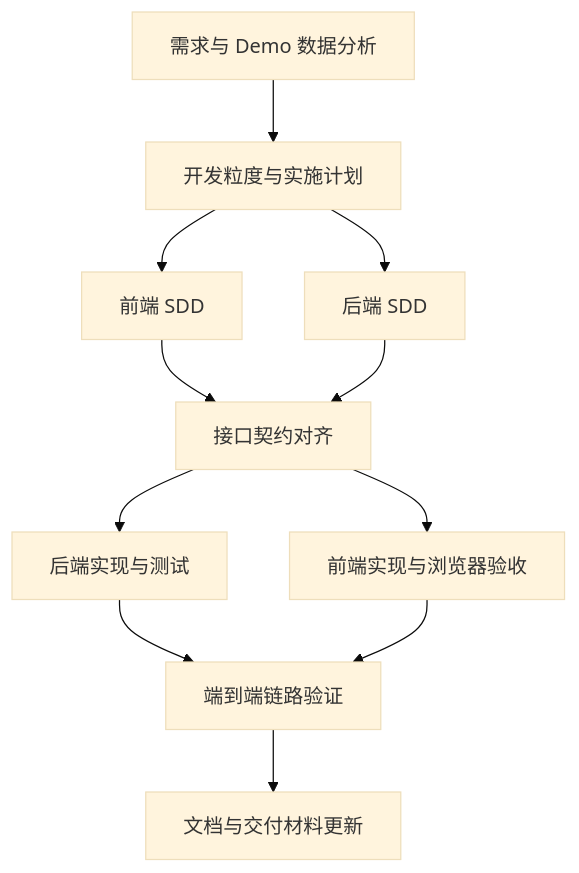
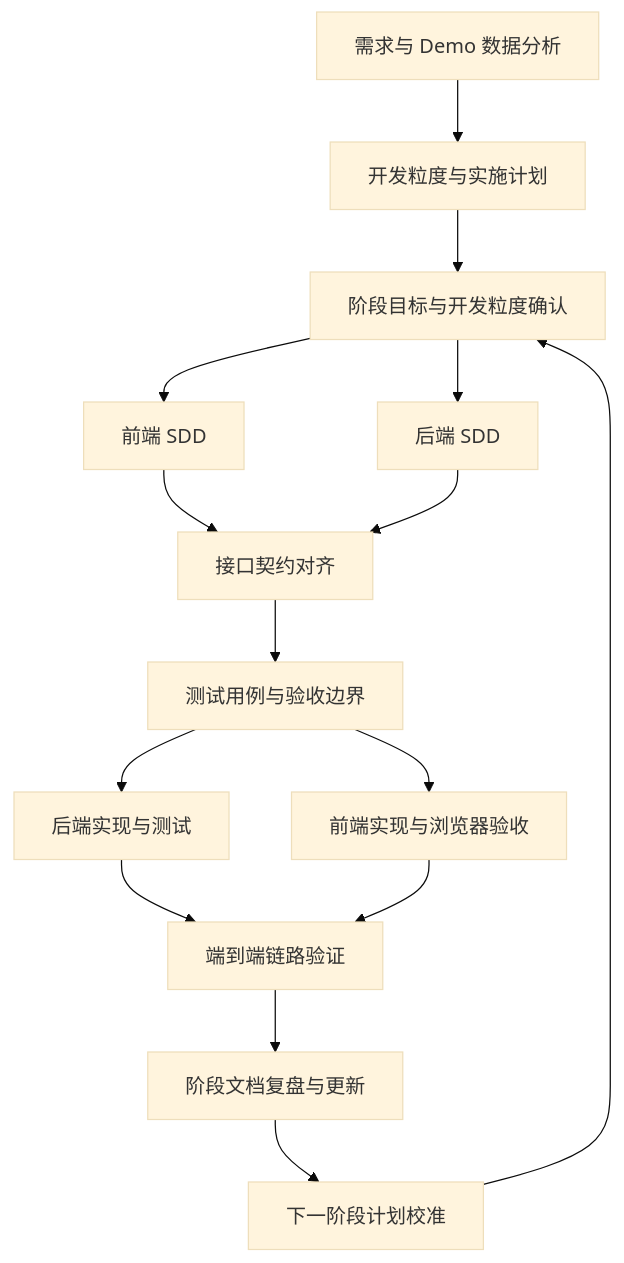
One commit to WYXNICK/LabelHub changed the diagram in docs/AI Coding过程实现思路说明.md. Above: the diagram before and after it, drawn with Mermaid (base theme). The commit also changed other lines of this file and 1 other file, not shown here.

````diff
--- a/docs/AI Coding过程实现思路说明.md
+++ b/docs/AI Coding过程实现思路说明.md
@@ -11,13 +11,17 @@
 ```mermaid
 flowchart TD
   R[需求与 Demo 数据分析] --> P[开发粒度与实施计划]
-  P --> WS[前端 SDD]
-  P --> AS[后端 SDD]
+  P --> S[阶段目标与开发粒度确认]
+  S --> WS[前端 SDD]
+  S --> AS[后端 SDD]
   WS --> C[接口契约对齐]
   AS --> C
-  C --> BE[后端实现与测试]
-  C --> FE[前端实现与浏览器验收]
+  C --> T[测试用例与验收边界]
+  T --> BE[后端实现与测试]
+  T --> FE[前端实现与浏览器验收]
   BE --> E2E[端到端链路验证]
   FE --> E2E
-  E2E --> D[文档与交付材料更新]
+  E2E --> D[阶段文档复盘与更新]
+  D --> N[下一阶段计划校准]
+  N --> S
 ```
````
